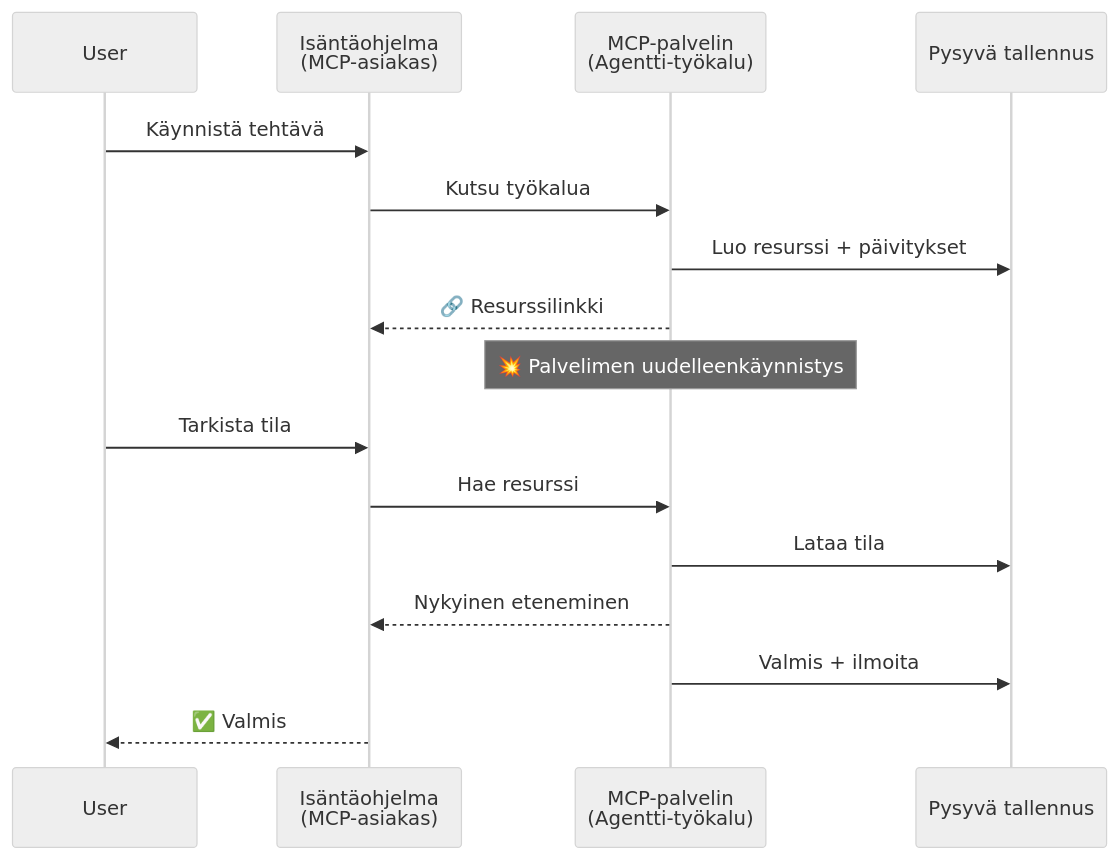
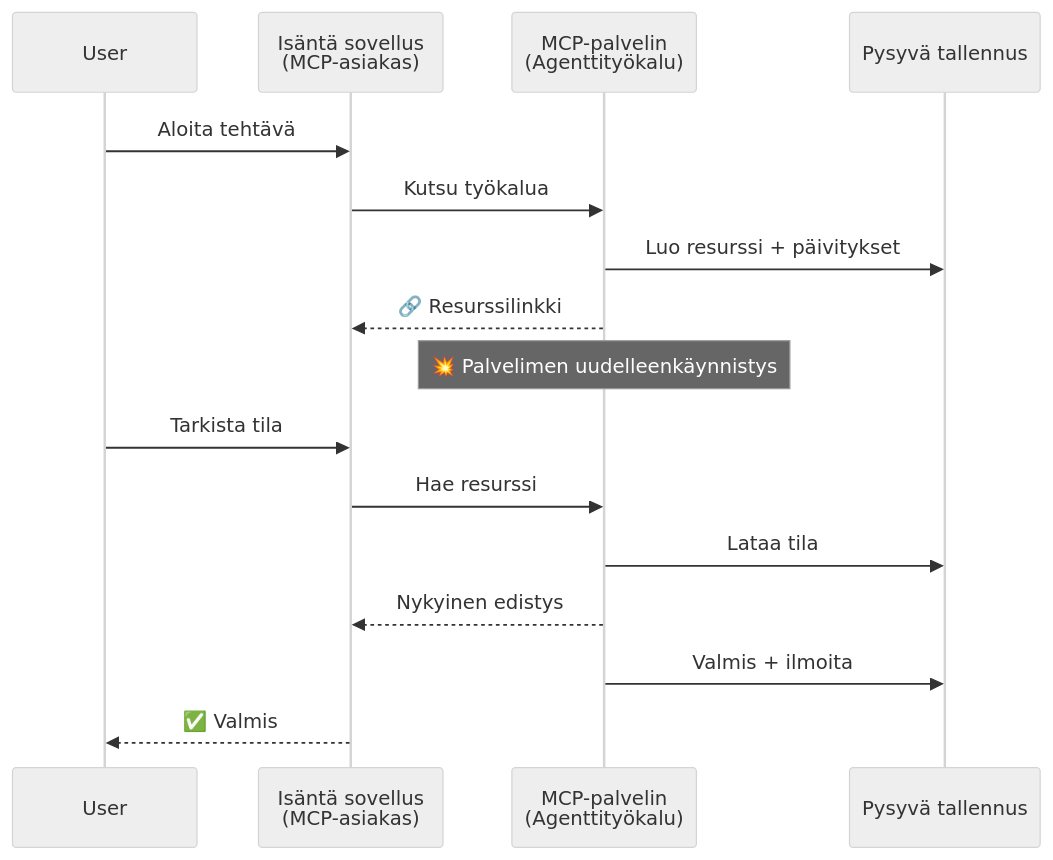
The third of 5 diagrams in mirrors/repos/microsoft@ai-agents-for-beginners/translations/fi/11-agentic-protocols/code_samples/mcp-agents/README.md (gabrielmoreira/agent-skills-mirror), drawn with Mermaid (neutral theme) before and after one commit. The commit also changed other lines of this file and 4262 other files, not shown here.

````diff
--- a/mirrors/repos/microsoft@ai-agents-for-beginners/translations/fi/11-agentic-protocols/code_samples/mcp-agents/README.md
+++ b/mirrors/repos/microsoft@ai-agents-for-beginners/translations/fi/11-agentic-protocols/code_samples/mcp-agents/README.md
@@ -123,21 +123,21 @@
 ```mermaid
 sequenceDiagram
     participant User
-    participant Host as Isäntäohjelma<br/>(MCP-asiakas)
-    participant Server as MCP-palvelin<br/>(Agentti-työkalu)
+    participant Host as Isäntä sovellus<br/>(MCP-asiakas)
+    participant Server as MCP-palvelin<br/>(Agenttityökalu)
     participant DB as Pysyvä tallennus
 
-    User->>Host: Käynnistä tehtävä
+    User->>Host: Aloita tehtävä
     Host->>Server: Kutsu työkalua
     Server->>DB: Luo resurssi + päivitykset
     Server-->>Host: 🔗 Resurssilinkki
 
     Note over Server: 💥 Palvelimen uudelleenkäynnistys
 
     User->>Host: Tarkista tila
     Host->>Server: Hae resurssi
     Server->>DB: Lataa tila
-    Server-->>Host: Nykyinen eteneminen
+    Server-->>Host: Nykyinen edistys
     Server->>DB: Valmis + ilmoita
     Host-->>User: ✅ Valmis
 ```
````
